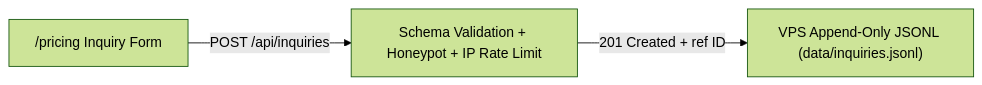
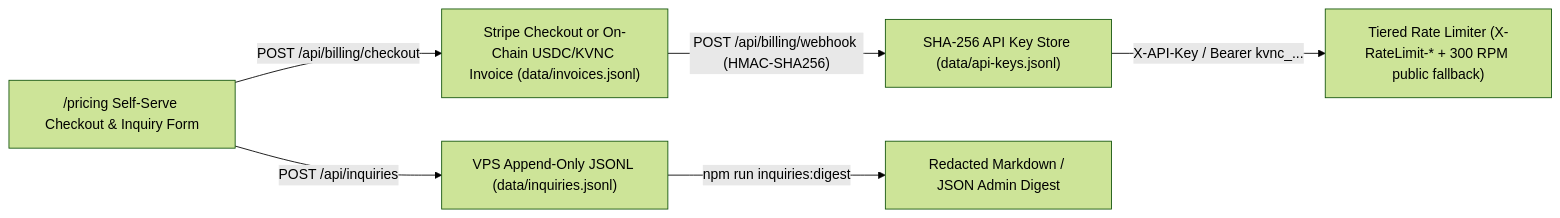
One commit to BetterCallDzuks/Kovanica-Vault changed the diagram in 11 - Revenue & Non-Token Monetization.md. Above: the diagram before and after it, drawn with Mermaid (forest theme). The commit also changed other lines of this file and 6 other files, not shown here.

Commit message:
docs(vault): sync billing/API keys, extension store kit, and pre-mainnet 1.1.2027 audit

````diff
--- a/11 - Revenue & Non-Token Monetization.md
+++ b/11 - Revenue & Non-Token Monetization.md
@@ -31,5 +31,8 @@
 ```mermaid
 flowchart LR
-    UI["/pricing Inquiry Form"] -->|"POST /api/inquiries"| VAL["Schema Validation + Honeypot + IP Rate Limit"]
-    VAL -->|"201 Created + ref ID"| FILE["VPS Append-Only JSONL (data/inquiries.jsonl)"]
+    UI["/pricing Self-Serve Checkout & Inquiry Form"] -->|"POST /api/billing/checkout"| BILL["Stripe Checkout or On-Chain USDC/KVNC Invoice (data/invoices.jsonl)"]
+    BILL -->|"POST /api/billing/webhook (HMAC-SHA256)"| KEYS["SHA-256 API Key Store (data/api-keys.jsonl)"]
+    KEYS -->|"X-API-Key / Bearer kvnc_..."| RL["Tiered Rate Limiter (X-RateLimit-* + 300 RPM public fallback)"]
+    UI -->|"POST /api/inquiries"| FILE["VPS Append-Only JSONL (data/inquiries.jsonl)"]
+    FILE -->|"npm run inquiries:digest"| DIG["Redacted Markdown / JSON Admin Digest"]
 ```
````
